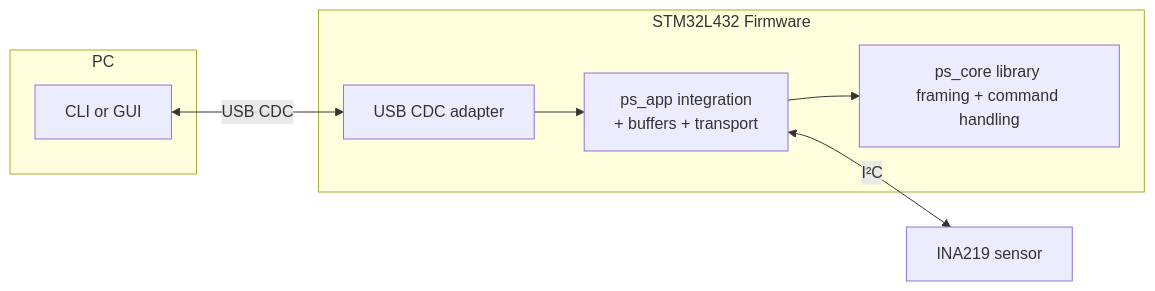
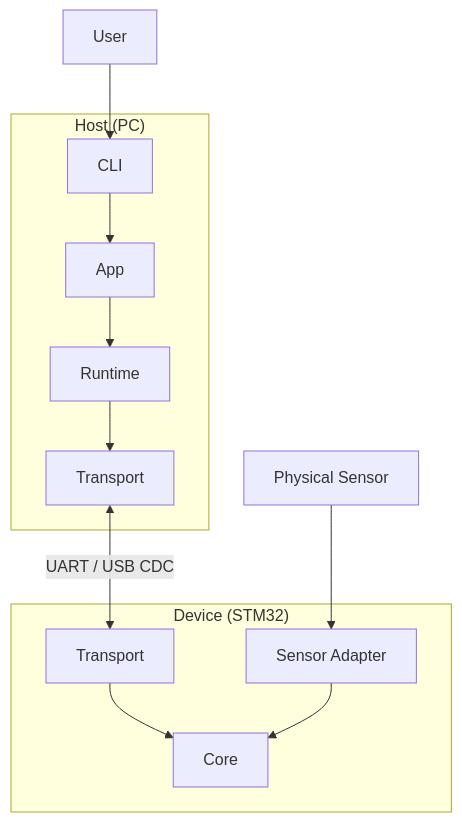
The diagram in README.md (brahimab8/stm32-power-scope), drawn with Mermaid before and after one commit. The commit also changed other lines of this file, not shown here.

````diff
--- a/README.md
+++ b/README.md
@@ -36,20 +33,27 @@
 ```mermaid
-flowchart LR
-  subgraph HOST[PC]
-    CLI[CLI or GUI]
+flowchart TB
+  USER[User]
+
+  subgraph HOST["Host (PC)"]
+    CLI[CLI]
+    APP[App]
+    RUNTIME[Runtime]
+    TRANSPORT_H[Transport]
   end
 
-  subgraph DEV[STM32L432 Firmware]
-    CORE[ps_core library <br>framing + command handling]
-    APP[ps_app integration <br>+ buffers + transport]
-    CDC[USB CDC adapter]
+  subgraph DEVICE["Device (STM32)"]
+    TRANSPORT_A[Transport]
+    CORE[Core]
+    SENSOR_A["Sensor Adapter"]
   end
 
-  INA[INA219 sensor]
+  SENSOR["Physical Sensor"]
 
-  CLI <-->|USB CDC| CDC
-  CDC --> APP
-  APP --> CORE
-  APP <-->|I²C| INA
+  USER --> CLI
+  CLI --> APP --> RUNTIME --> TRANSPORT_H
+  TRANSPORT_H <--> |UART / USB CDC| TRANSPORT_A
+  TRANSPORT_A --> CORE
+  SENSOR_A --> CORE
+  SENSOR --> SENSOR_A
 
 ```
````
